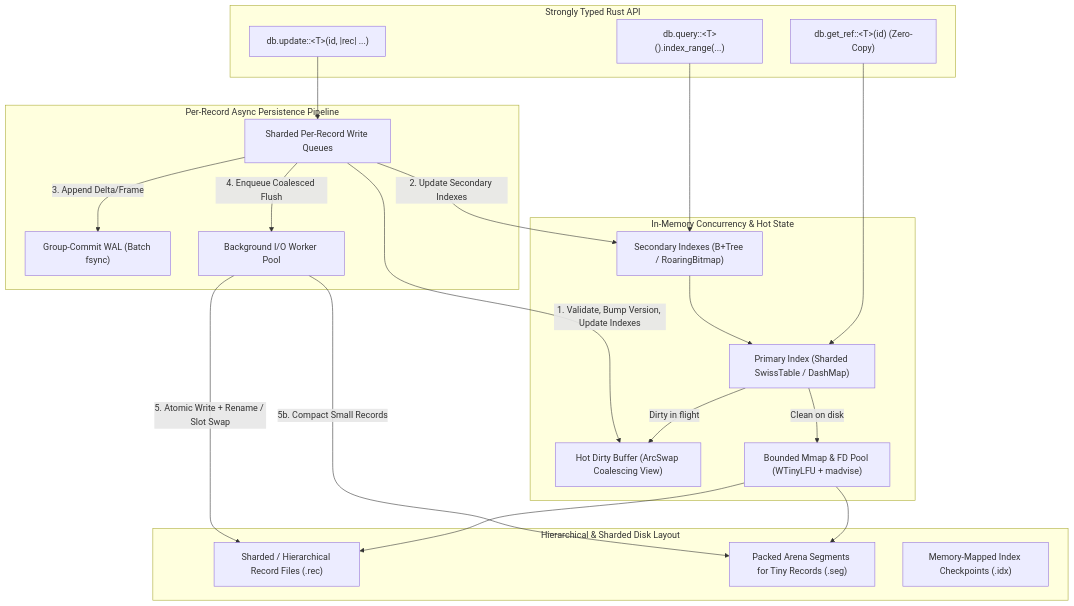
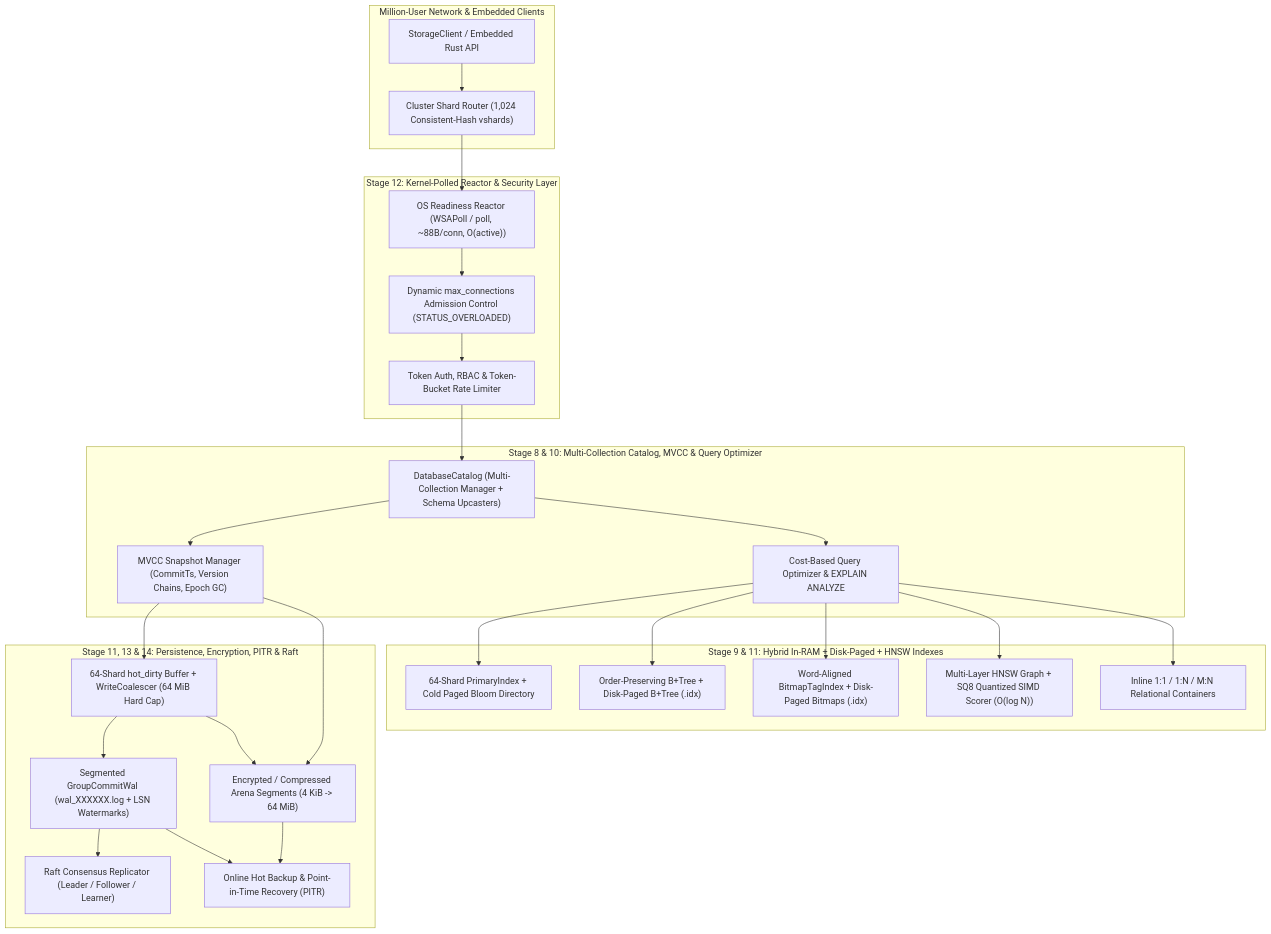
One commit to Twilight-Techy/storine changed the diagram in docs/IMPLEMENTATION_PLAN.md. Above: the diagram before and after it, drawn with Mermaid. The commit also changed other lines of this file and 4 other files, not shown here.

````diff
--- a/docs/IMPLEMENTATION_PLAN.md
+++ b/docs/IMPLEMENTATION_PLAN.md
@@ -19,44 +27,44 @@
 ```mermaid
 flowchart TD
-    subgraph Client_API ["Strongly Typed Rust API"]
-        GET["db.get_ref::&lt;T&gt;(id) (Zero-Copy)"]
-        UPD["db.update::&lt;T&gt;(id, |rec| ...)"]
-        QRY["db.query::&lt;T&gt;().index_range(...)"]
+    subgraph Clients ["Million-User Network & Embedded Clients"]
+        SDK["StorageClient / Embedded Rust API"]
+        ROUTER["Cluster Shard Router (1,024 Consistent-Hash vshards)"]
     end
 
-    subgraph Concurrency_And_Memory ["In-Memory Concurrency & Hot State"]
-        PK["Primary Index (Sharded SwissTable / DashMap)"]
-        HOT["Hot Dirty Buffer (ArcSwap Coalescing View)"]
-        MMAP_POOL["Bounded Mmap & FD Pool (WTinyLFU + madvise)"]
-        SEC_IDX["Secondary Indexes (B+Tree / RoaringBitmap)"]
+    subgraph Network_And_Security ["Stage 12: Kernel-Polled Reactor & Security Layer"]
+        REACTOR["OS Readiness Reactor (WSAPoll / poll, ~88B/conn, O(active))"]
+        AUTH["Token Auth, RBAC & Token-Bucket Rate Limiter"]
+        ADMIT["Dynamic max_connections Admission Control (STATUS_OVERLOADED)"]
     end
 
-    subgraph Write_Pipeline ["Per-Record Async Persistence Pipeline"]
-        STRIPE["Sharded Per-Record Write Queues"]
-        WAL["Group-Commit WAL (Batch fsync)"]
-        FLUSHER["Background I/O Worker Pool"]
+    subgraph Catalog_And_MVCC ["Stage 8 & 10: Multi-Collection Catalog, MVCC & Query Optimizer"]
+        CAT["DatabaseCatalog (Multi-Collection Manager + Schema Upcasters)"]
+        MVCC["MVCC Snapshot Manager (CommitTs, Version Chains, Epoch GC)"]
+        OPT["Cost-Based Query Optimizer & EXPLAIN ANALYZE"]
     end
 
-    subgraph Disk_Storage ["Hierarchical & Sharded Disk Layout"]
-        REC_FILES["Sharded / Hierarchical Record Files (.rec)"]
-        SEG_FILES["Packed Arena Segments for Tiny Records (.seg)"]
-        IDX_FILES["Memory-Mapped Index Checkpoints (.idx)"]
+    subgraph Indexing_Layer ["Stage 9 & 11: Hybrid In-RAM + Disk-Paged + HNSW Indexes"]
+        PK["64-Shard PrimaryIndex + Cold Paged Bloom Directory"]
+        BTREE["Order-Preserving B+Tree + Disk-Paged B+Tree (.idx)"]
+        BMAP["Word-Aligned BitmapTagIndex + Disk-Paged Bitmaps (.idx)"]
+        HNSW["Multi-Layer HNSW Graph + SQ8 Quantized SIMD Scorer (O(log N))"]
+        GRAPH["Inline 1:1 / 1:N / M:N Relational Containers"]
     end
 
-    GET --> PK
-    PK -->|Dirty in flight| HOT
-    PK -->|Clean on disk| MMAP_POOL
-    MMAP_POOL --> REC_FILES
-    MMAP_POOL --> SEG_FILES
+    subgraph Storage_And_Replication ["Stage 11, 13 & 14: Persistence, Encryption, PITR & Raft"]
+        HOT["64-Shard hot_dirty Buffer + WriteCoalescer (64 MiB Hard Cap)"]
+        WAL["Segmented GroupCommitWal (wal_XXXXXX.log + LSN Watermarks)"]
+        RAFT["Raft Consensus Replicator (Leader / Follower / Learner)"]
+        ARENA["Encrypted / Compressed Arena Segments (4 KiB -> 64 MiB)"]
+        PITR["Online Hot Backup & Point-in-Time Recovery (PITR)"]
+    end
 
-    QRY --> SEC_IDX
-    SEC_IDX --> PK
-
-    UPD --> STRIPE
-    STRIPE -->|1. Validate, Bump Version, Update Indexes| HOT
-    STRIPE -->|2. Update Secondary Indexes| SEC_IDX
-    STRIPE -->|3. Append Delta/Frame| WAL
-    STRIPE -->|4. Enqueue Coalesced Flush| FLUSHER
-    FLUSHER -->|5. Atomic Write + Rename / Slot Swap| REC_FILES
-    FLUSHER -->|5b. Compact Small Records| SEG_FILES
+    SDK --> ROUTER --> REACTOR --> ADMIT --> AUTH --> CAT
+    CAT --> MVCC
+    CAT --> OPT
+    OPT --> PK & BTREE & BMAP & HNSW & GRAPH
+    MVCC --> HOT & ARENA
+    HOT --> WAL & ARENA
+    WAL --> RAFT
+    WAL & ARENA --> PITR
 ```
````
